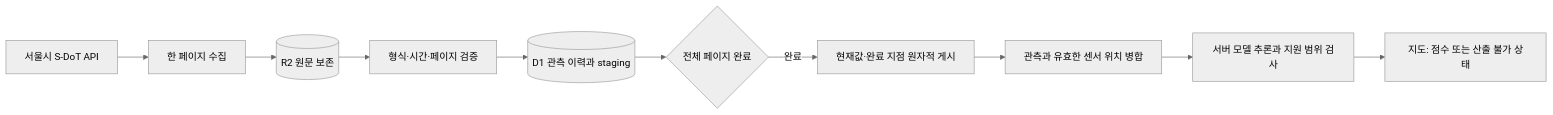
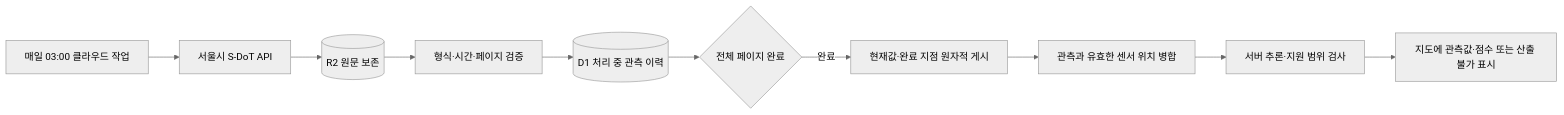
Before and after one commit to roberYM11/safenight: the diagram in README.md, drawn with Mermaid (neutral theme). The commit also changed other lines of this file and 4 other files, not shown here.

````diff
--- a/README.md
+++ b/README.md
@@ -26,12 +47,12 @@
 ```mermaid
 flowchart LR
-    S[서울시 S-DoT API] --> C[한 페이지 수집]
-    C --> R[(R2 원문 보존)]
+    T[매일 03:00 클라우드 작업] --> S[서울시 S-DoT API]
+    S --> R[(R2 원문 보존)]
     R --> V[형식·시간·페이지 검증]
-    V --> D[(D1 관측 이력과 staging)]
+    V --> D[(D1 처리 중 관측 이력)]
     D --> G{전체 페이지 완료}
     G -->|완료| P[현재값·완료 지점 원자적 게시]
     P --> F[관측과 유효한 센서 위치 병합]
-    F --> M[서버 모델 추론과 지원 범위 검사]
-    M --> W[지도: 점수 또는 산출 불가 상태]
+    F --> M[서버 추론·지원 범위 검사]
+    M --> W[지도에 관측값·점수 또는 산출 불가 표시]
 ```
````
